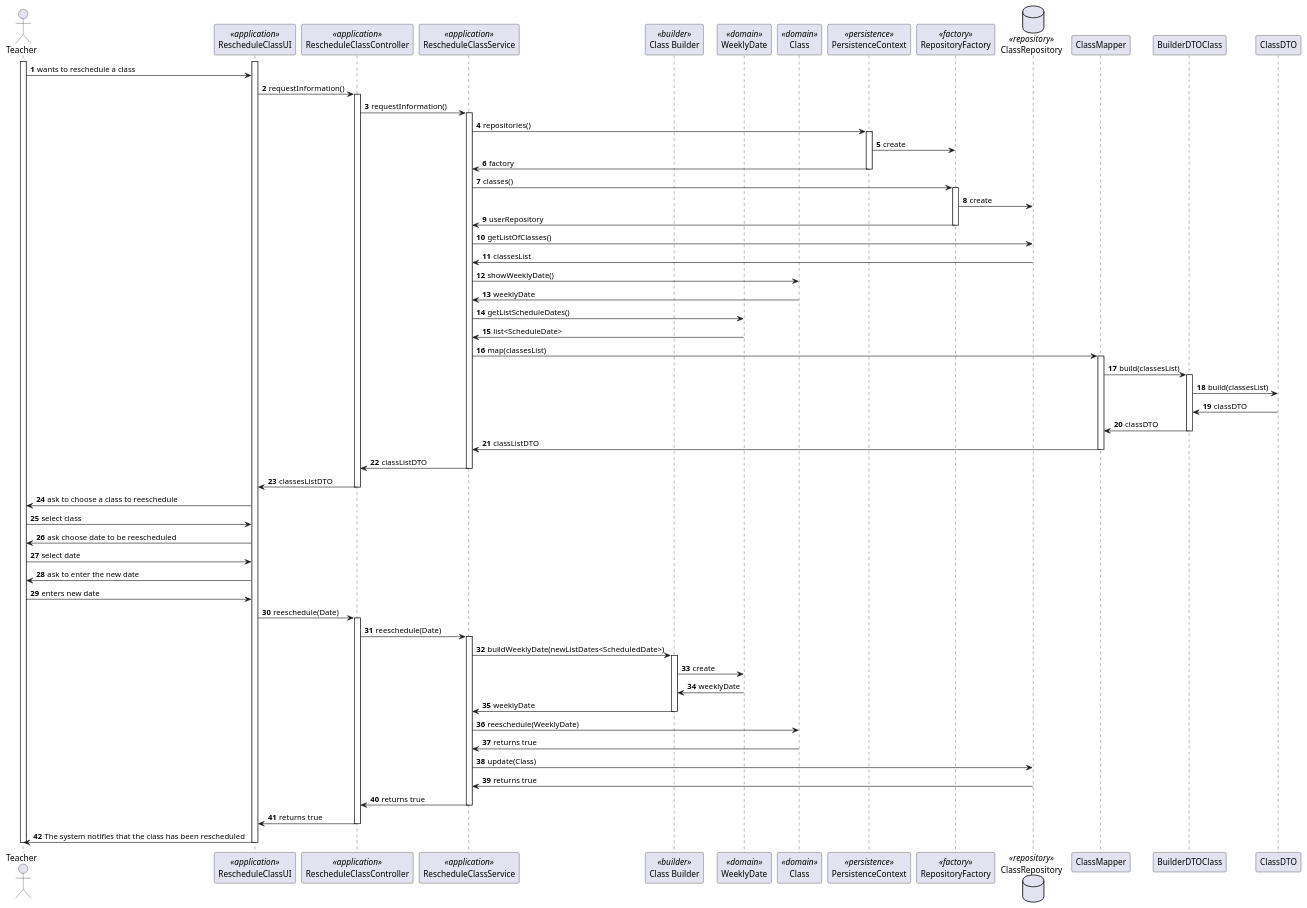
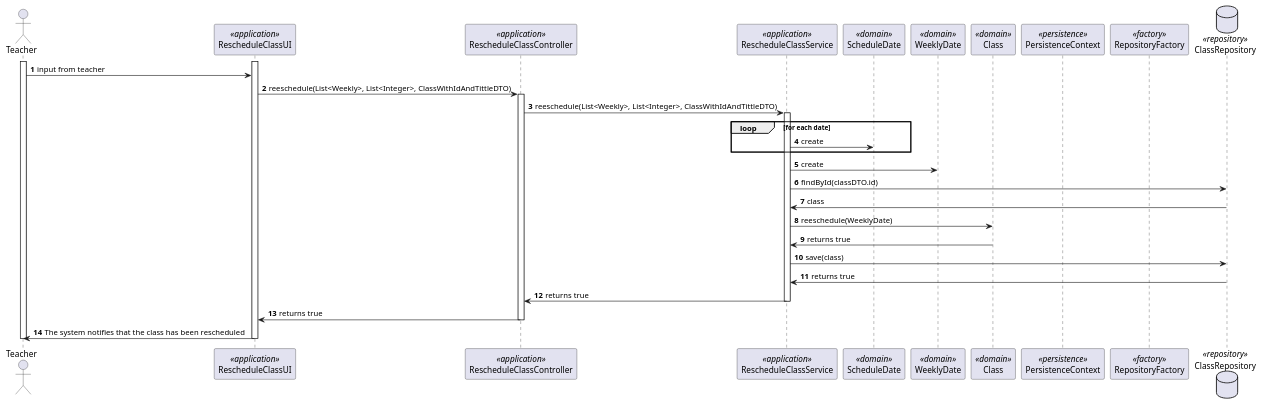
The diagram in docs/Sprint_B/us_1012/SD_RescheduleClass.puml (Marco-Nobrega-Andrade/sem4pi_22_23), drawn with PlantUML before and after one commit. The commit also changed 1 other file, not shown here.

Commit message:
[US_1012][Design] - changes in design to match with actual code splitting controller into multiples controller and splitting SD into multiples SD for each UC

```diff
--- a/docs/Sprint_B/us_1012/SD_RescheduleClass.puml
+++ b/docs/Sprint_B/us_1012/SD_RescheduleClass.puml
@@ -1,104 +1,57 @@
 @startuml
 'https://plantuml.com/sequence-diagram
 
 autonumber
 
 actor Teacher
 
 participant "RescheduleClassUI" as UI <<application>>
 participant "RescheduleClassController" as Controller <<application>>
 participant "RescheduleClassService" as Service <<application>>
 
 
-participant "Class Builder" as Builder <<builder>>
-participant "WeeklyDate" as Date <<domain>>
+participant "ScheduleDate" as Date <<domain>>
+participant "WeeklyDate" as Weekly <<domain>>
 participant "Class" as Class <<domain>>
 participant "PersistenceContext" as Persistence <<persistence>>
 participant "RepositoryFactory" as Factory <<factory>>
 
 database "ClassRepository" as Repository <<repository>>
 
 activate Teacher
 activate UI
 
-Teacher -> UI : wants to reschedule a class
-UI -> Controller : requestInformation()
+Teacher -> UI : input from teacher
+
+UI -> Controller : reeschedule(List<Weekly>, List<Integer>, ClassWithIdAndTittleDTO)
 activate Controller
-Controller -> Service : requestInformation()
+Controller -> Service : reeschedule(List<Weekly>, List<Integer>, ClassWithIdAndTittleDTO)
 activate Service
-Service -> Persistence: repositories()
-activate Persistence
-Persistence -> Factory: create
-Persistence -> Service: factory
-deactivate Persistence
-Service -> Factory: classes()
-activate Factory
-Factory -> Repository: create
-Factory -> Service: userRepository
-deactivate Factory
+loop for each date
+Service -> Date : create
+end
 
-Service -> Repository : getListOfClasses()
-Repository -> Service : classesList
-Service -> Class : showWeeklyDate()
-Class -> Service : weeklyDate
-Service -> Date : getListScheduleDates()
-Date -> Service : list<ScheduleDate>
-Service -> ClassMapper : map(classesList)
-activate ClassMapper
-ClassMapper -> BuilderDTOClass : build(classesList)
-activate BuilderDTOClass
-BuilderDTOClass -> ClassDTO : build(classesList)
-ClassDTO -> BuilderDTOClass : classDTO
-BuilderDTOClass -> ClassMapper : classDTO
-deactivate BuilderDTOClass
-ClassMapper -> Service : classListDTO
-deactivate ClassMapper
-Service -> Controller : classListDTO
+Service -> Weekly : create
 
-deactivate Service
-Controller -> UI : classesListDTO
-deactivate Controller
-
-
-
-
-
-
-UI -> Teacher : ask to choose a class to reeschedule
-Teacher -> UI : select class
-UI -> Teacher : ask choose date to be reescheduled
-Teacher -> UI : select date
-UI -> Teacher : ask to enter the new date
-Teacher -> UI : enters new date
-
-
-
-UI -> Controller : reeschedule(Date)
-activate Controller
-Controller -> Service : reeschedule(Date)
-activate Service
-Service -> Builder: buildWeeklyDate(newListDates<ScheduledDate>)
-activate Builder
-Builder -> Date : create
-Date -> Builder : weeklyDate
-Builder -> Service : weeklyDate
-deactivate Builder
+Service -> Repository : findById(classDTO.id)
+Repository -> Service : class
 
 Service -> Class : reeschedule(WeeklyDate)
+
 Class -> Service : returns true
 
-Service -> Repository : update(Class)
+Service -> Repository : save(class)
 
 Repository -> Service : returns true
 
 Service -> Controller : returns true
 deactivate Service
 Controller -> UI : returns true
 deactivate Controller
 UI -> Teacher : The system notifies that the class has been rescheduled
 
 
 deactivate UI
 deactivate Teacher
 deactivate Controller
 @enduml
```
